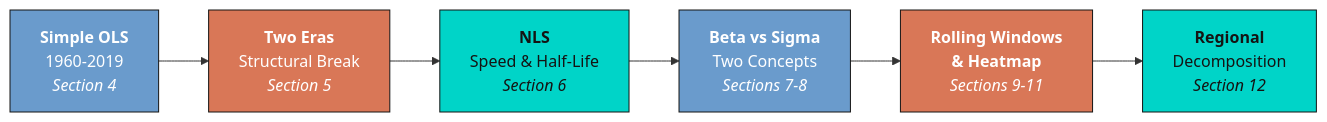
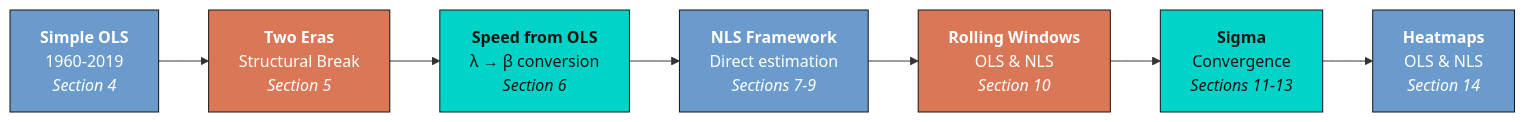
Before and after one commit to cmg777/starter-academic-v501: the diagram in content/post/stata_convergence/index.md, drawn with Mermaid. The commit also changed other lines of this file and 30 other files, not shown here.

First line of the commit message:
Re-engineer stata_convergence tutorial with 84-country balanced panel and OLS vs NLS pedagogy

````diff
--- a/content/post/stata_convergence/index.md
+++ b/content/post/stata_convergence/index.md
@@ -65,18 +69,20 @@
 ```mermaid
 graph LR
     A["<b>Simple OLS</b><br/>1960-2019<br/><i>Section 4</i>"]
     B["<b>Two Eras</b><br/>Structural Break<br/><i>Section 5</i>"]
-    C["<b>NLS</b><br/>Speed & Half-Life<br/><i>Section 6</i>"]
-    D["<b>Beta vs Sigma</b><br/>Two Concepts<br/><i>Sections 7-8</i>"]
-    E["<b>Rolling Windows<br/>& Heatmap</b><br/><i>Sections 9-11</i>"]
-    F["<b>Regional</b><br/>Decomposition<br/><i>Section 12</i>"]
+    C["<b>Speed from OLS</b><br/>λ → β conversion<br/><i>Section 6</i>"]
+    D["<b>NLS Framework</b><br/>Direct estimation<br/><i>Sections 7-9</i>"]
+    E["<b>Rolling Windows</b><br/>OLS & NLS<br/><i>Section 10</i>"]
+    F["<b>Sigma</b><br/>Convergence<br/><i>Sections 11-13</i>"]
+    G["<b>Heatmaps</b><br/>OLS & NLS<br/><i>Section 14</i>"]
 
-    A --> B --> C --> D --> E --> F
+    A --> B --> C --> D --> E --> F --> G
 
     style A fill:#6a9bcc,stroke:#141413,color:#fff
     style B fill:#d97757,stroke:#141413,color:#fff
     style C fill:#00d4c8,stroke:#141413,color:#141413
     style D fill:#6a9bcc,stroke:#141413,color:#fff
     style E fill:#d97757,stroke:#141413,color:#fff
     style F fill:#00d4c8,stroke:#141413,color:#141413
+    style G fill:#6a9bcc,stroke:#141413,color:#fff
 ```
````
